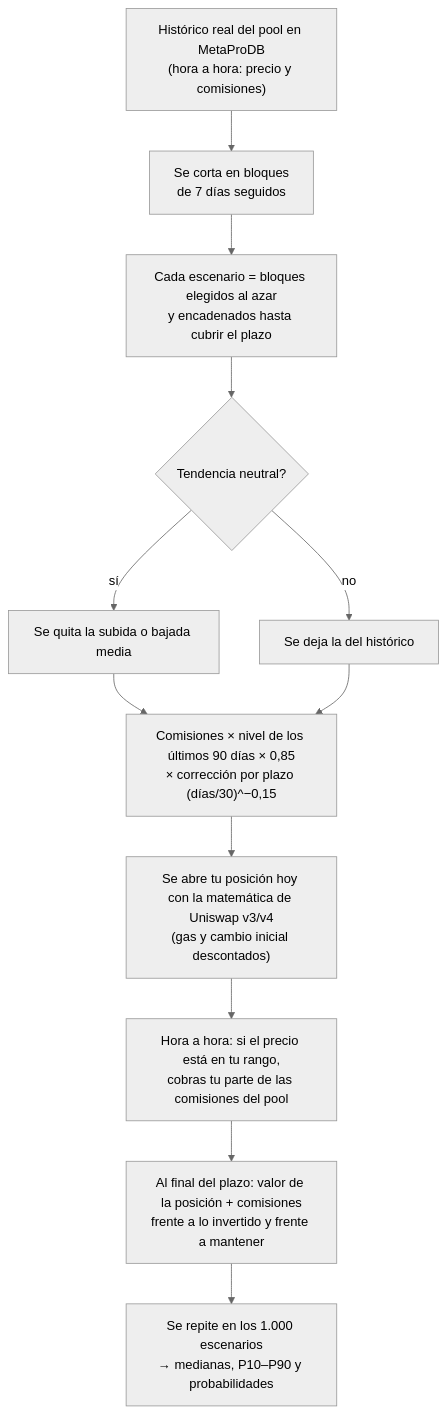
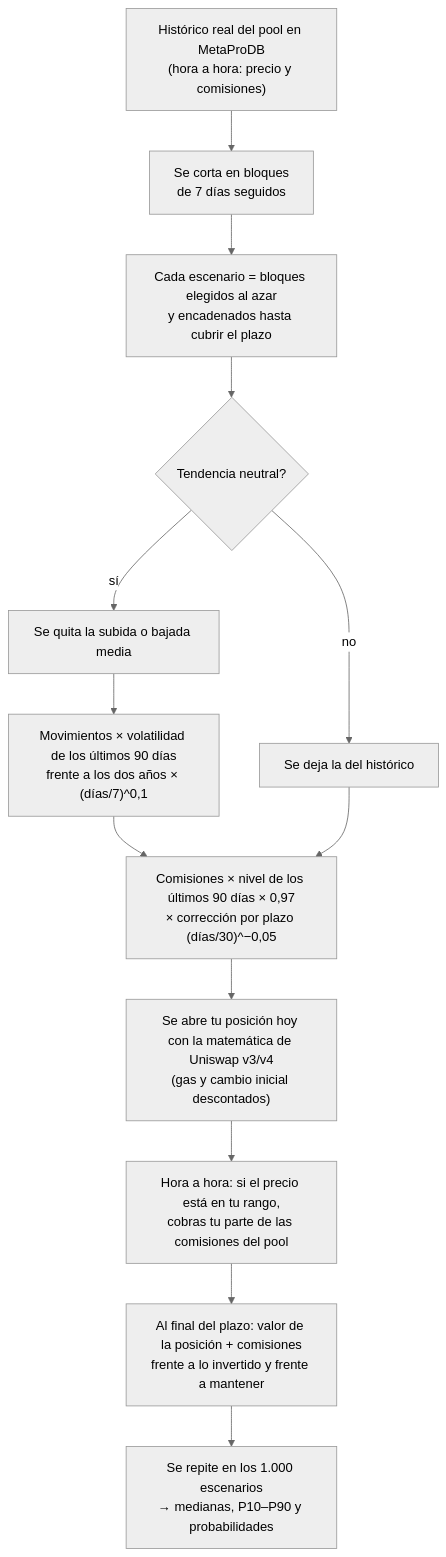
The fifth of 7 diagrams in Guia Simulador.md (Caiico1/etapas-weinstein), drawn with Mermaid (neutral theme) before and after one commit. The commit also changed other lines of this file and 12 other files, not shown here.

First line of the commit message:
Simulador: volatilidad de los escenarios ajustada a la reciente y al plazo

````diff
--- a/Guia Simulador.md
+++ b/Guia Simulador.md
@@ -374,14 +380,15 @@
 ```mermaid
 flowchart TD
     H["Histórico real del pool en MetaProDB<br/>(hora a hora: precio y comisiones)"] --> B["Se corta en bloques<br/>de 7 días seguidos"]
     B --> S["Cada escenario = bloques elegidos al azar<br/>y encadenados hasta cubrir el plazo"]
     S --> T{"Tendencia neutral?"}
     T -->|sí| N["Se quita la subida o bajada media"]
     T -->|no| K["Se deja la del histórico"]
-    N --> C["Comisiones × nivel de los últimos 90 días × 0,85<br/>× corrección por plazo (días/30)^−0,15"]
+    N --> V["Movimientos × volatilidad de los últimos 90 días<br/>frente a los dos años × (días/7)^0,1"]
+    V --> C["Comisiones × nivel de los últimos 90 días × 0,97<br/>× corrección por plazo (días/30)^−0,05"]
     K --> C
     C --> P["Se abre tu posición hoy con la matemática de Uniswap v3/v4<br/>(gas y cambio inicial descontados)"]
     P --> F["Hora a hora: si el precio está en tu rango,<br/>cobras tu parte de las comisiones del pool"]
     F --> R["Al final del plazo: valor de la posición + comisiones<br/>frente a lo invertido y frente a mantener"]
     R --> Q["Se repite en los 1.000 escenarios<br/>→ medianas, P10–P90 y probabilidades"]
 ```
````
